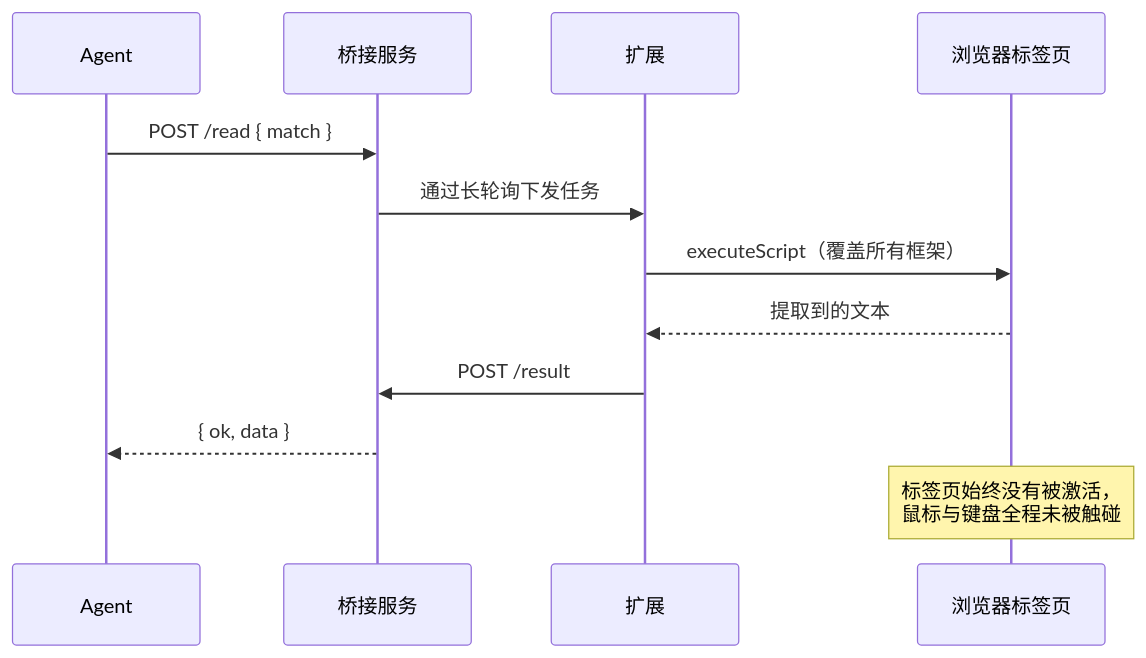
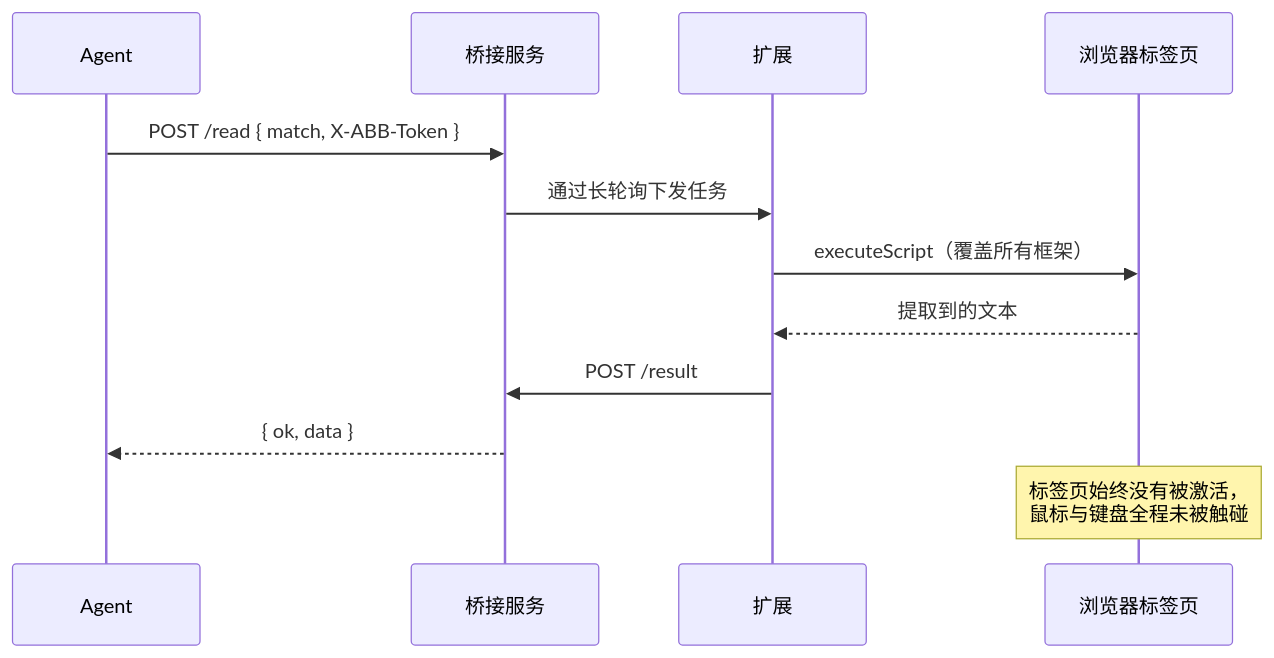
The second of 3 diagrams in README.zh-CN.md (hhhwdt/agent-browser-bridge), drawn with Mermaid before and after one commit. The commit also changed other lines of this file and 41 other files, not shown here.

First line of the commit message:
Implement all ROADMAP items for 1.8.0

````diff
--- a/README.zh-CN.md
+++ b/README.zh-CN.md
@@ -73,14 +74,14 @@
 ```mermaid
 sequenceDiagram
     participant A as Agent
     participant S as 桥接服务
     participant X as 扩展
     participant B as 浏览器标签页
-    A->>S: POST /read { match }
+    A->>S: POST /read { match, X-ABB-Token }
     S->>X: 通过长轮询下发任务
     X->>B: executeScript（覆盖所有框架）
     B-->>X: 提取到的文本
     X->>S: POST /result
     S-->>A: { ok, data }
     Note over B: 标签页始终没有被激活，<br/>鼠标与键盘全程未被触碰
 ```
````
